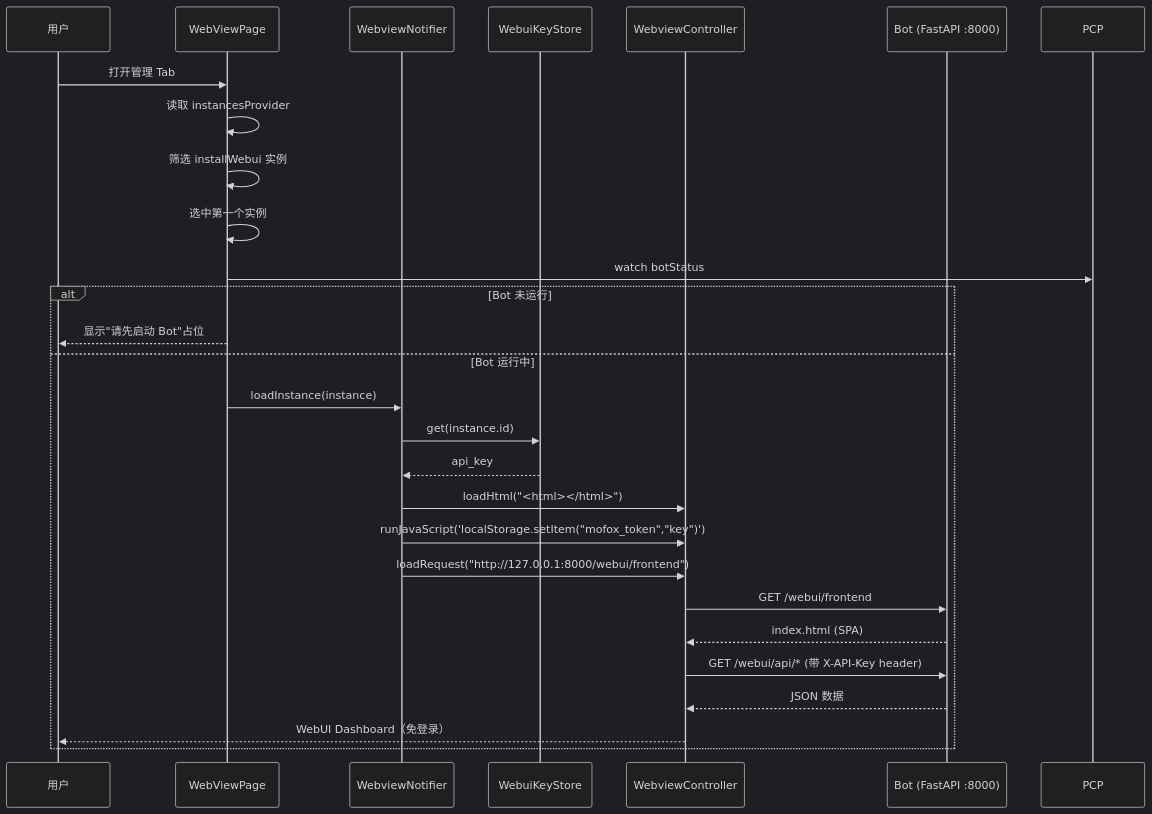
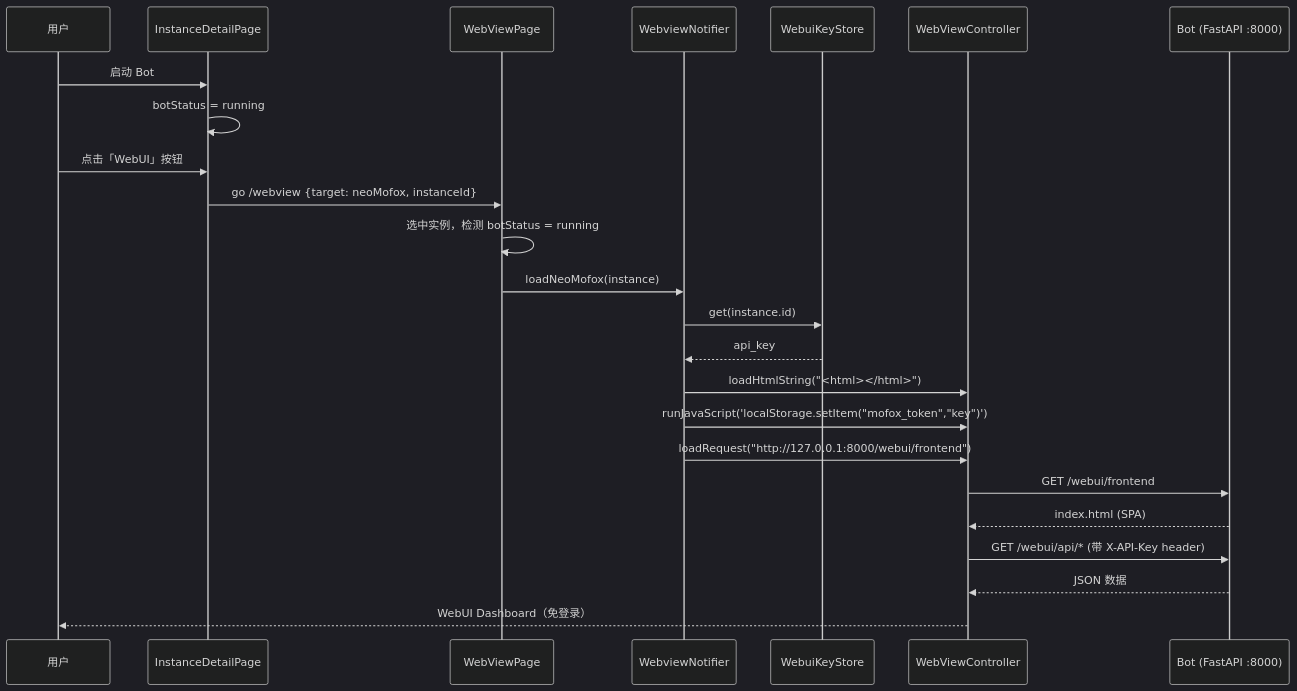
One commit to ikun-1145141/MoFox-Android changed the second of 3 diagrams in docs/webview-architecture.md. Above: the diagram before and after it, drawn with Mermaid (dark theme). The commit also changed other lines of this file and 4 other files, not shown here.

````diff
--- a/docs/webview-architecture.md
+++ b/docs/webview-architecture.md
@@ -499,31 +553,27 @@
 ```mermaid
 sequenceDiagram
     participant U as 用户
+    participant IDP as InstanceDetailPage
     participant VP as WebViewPage
     participant WN as WebviewNotifier
     participant WKS as WebuiKeyStore
-    participant WC as WebviewController
+    participant WC as WebViewController
     participant BOT as Bot (FastAPI :8000)
 
-    U->>VP: 打开管理 Tab
-    VP->>VP: 读取 instancesProvider
-    VP->>VP: 筛选 installWebui 实例
-    VP->>VP: 选中第一个实例
-    VP->>PCP: watch botStatus
-
-    alt Bot 未运行
-        VP-->>U: 显示"请先启动 Bot"占位
-    else Bot 运行中
-        VP->>WN: loadInstance(instance)
-        WN->>WKS: get(instance.id)
-        WKS-->>WN: api_key
-        WN->>WC: loadHtml("<html></html>")
-        WN->>WC: runJavaScript('localStorage.setItem("mofox_token","key")')
-        WN->>WC: loadRequest("http://127.0.0.1:8000/webui/frontend")
-        WC->>BOT: GET /webui/frontend
-        BOT-->>WC: index.html (SPA)
-        WC->>BOT: GET /webui/api/* (带 X-API-Key header)
-        BOT-->>WC: JSON 数据
-        WC-->>U: WebUI Dashboard（免登录）
-    end
+    U->>IDP: 启动 Bot
+    IDP->>IDP: botStatus = running
+    U->>IDP: 点击「WebUI」按钮
+    IDP->>VP: go /webview {target: neoMofox, instanceId}
+    VP->>VP: 选中实例，检测 botStatus = running
+    VP->>WN: loadNeoMofox(instance)
+    WN->>WKS: get(instance.id)
+    WKS-->>WN: api_key
+    WN->>WC: loadHtmlString("<html></html>")
+    WN->>WC: runJavaScript('localStorage.setItem("mofox_token","key")')
+    WN->>WC: loadRequest("http://127.0.0.1:8000/webui/frontend")
+    WC->>BOT: GET /webui/frontend
+    BOT-->>WC: index.html (SPA)
+    WC->>BOT: GET /webui/api/* (带 X-API-Key header)
+    BOT-->>WC: JSON 数据
+    WC-->>U: WebUI Dashboard（免登录）
 ```
````
